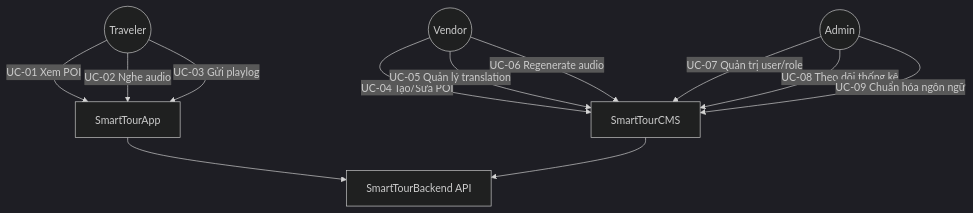
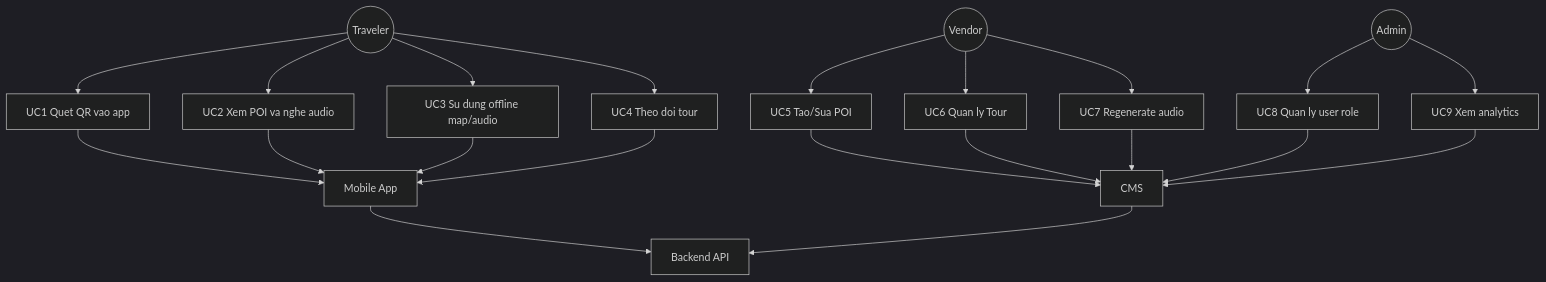
One commit to EricHoang28092k5/SmartTour changed the third of 9 diagrams in PRD_SmartTour.md. Above: the diagram before and after it, drawn with Mermaid (dark theme). The commit also changed other lines of this file, not shown here.

````diff
--- a/PRD_SmartTour.md
+++ b/PRD_SmartTour.md
@@ -472,24 +172,33 @@
 ```mermaid
 flowchart TB
     Traveler((Traveler))
     Vendor((Vendor))
     Admin((Admin))
-    App[SmartTourApp]
-    CMS[SmartTourCMS]
-    API[SmartTourBackend API]
+    App[Mobile App]
+    Cms[CMS]
+    Api[Backend API]
 
-    Traveler -->|UC-01 Xem POI| App
-    Traveler -->|UC-02 Nghe audio| App
-    Traveler -->|UC-03 Gửi playlog| App
+    Traveler --> UC1[UC1 Quet QR vao app]
+    Traveler --> UC2[UC2 Xem POI va nghe audio]
+    Traveler --> UC3[UC3 Su dung offline map/audio]
+    Traveler --> UC4[UC4 Theo doi tour]
 
-    Vendor -->|UC-04 Tạo/Sửa POI| CMS
-    Vendor -->|UC-05 Quản lý translation| CMS
-    Vendor -->|UC-06 Regenerate audio| CMS
+    Vendor --> UC5[UC5 Tao/Sua POI]
+    Vendor --> UC6[UC6 Quan ly Tour]
+    Vendor --> UC7[UC7 Regenerate audio]
 
-    Admin -->|UC-07 Quản trị user/role| CMS
-    Admin -->|UC-08 Theo dõi thống kê| CMS
-    Admin -->|UC-09 Chuẩn hóa ngôn ngữ| CMS
+    Admin --> UC8[UC8 Quan ly user role]
+    Admin --> UC9[UC9 Xem analytics]
 
-    App --> API
-    CMS --> API
+    UC1 --> App
+    UC2 --> App
+    UC3 --> App
+    UC4 --> App
+    UC5 --> Cms
+    UC6 --> Cms
+    UC7 --> Cms
+    UC8 --> Cms
+    UC9 --> Cms
+    App --> Api
+    Cms --> Api
 ```
````
